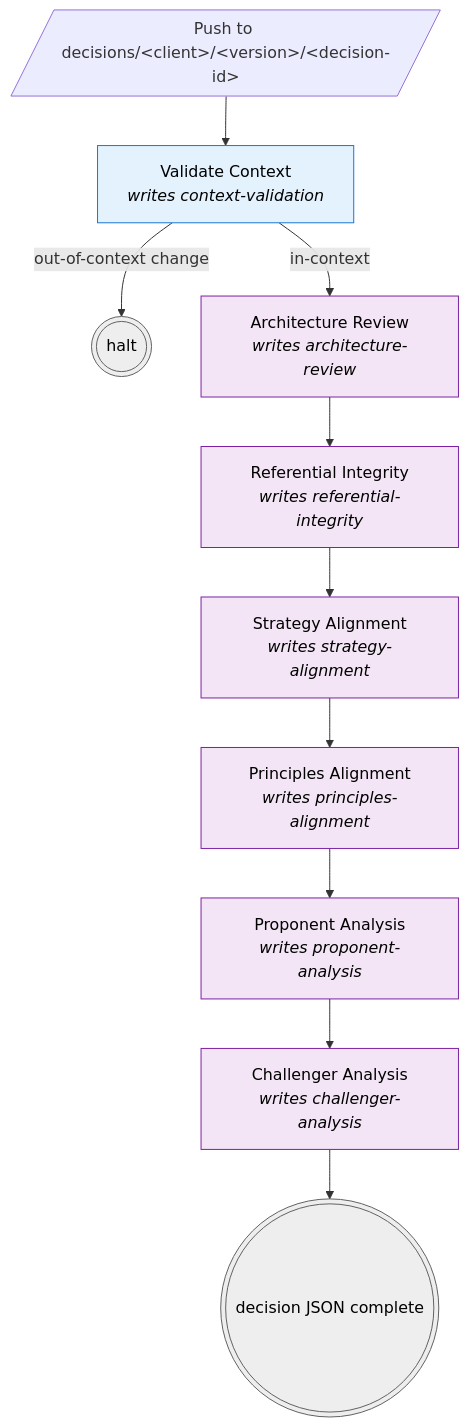
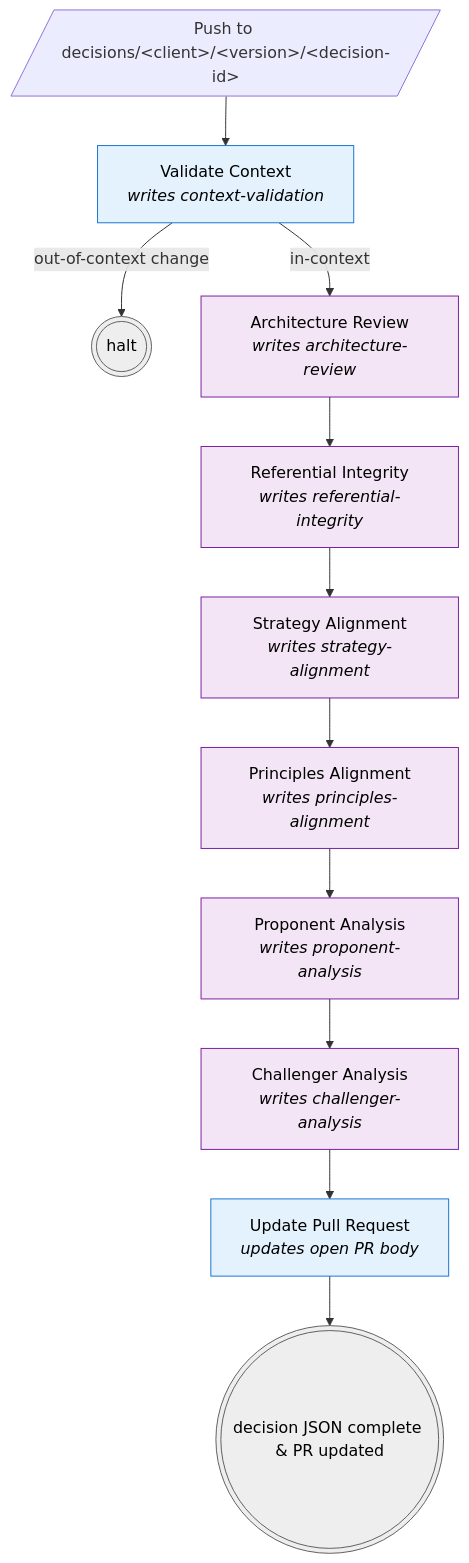
Before and after one commit to dan-eastley/pickle: the diagram in documentation/workflows/decisions-pipeline.md, drawn with Mermaid. The commit also changed other lines of this file and 69 other files, not shown here.

First line of the commit message:
Decision and structure overhaul: adr-NNN ids, clients/ wrapper, validate-structure, Update Pull Request workflow

````diff
--- a/documentation/workflows/decisions-pipeline.md
+++ b/documentation/workflows/decisions-pipeline.md
@@ -21,21 +21,22 @@
 ```mermaid
 flowchart TD
     Push[/"Push to decisions/&lt;client&gt;/&lt;version&gt;/&lt;decision-id&gt;"/]
     Push --> VC
 
     VC["Validate Context<br/><i>writes context-validation</i>"]:::det
     VC -- "out-of-context change" --> Halt(((halt))):::term
     VC -- "in-context" --> AR
 
     AR["Architecture Review<br/><i>writes architecture-review</i>"]:::ai
     AR --> RI["Referential Integrity<br/><i>writes referential-integrity</i>"]:::ai
     RI --> SA["Strategy Alignment<br/><i>writes strategy-alignment</i>"]:::ai
     SA --> PA["Principles Alignment<br/><i>writes principles-alignment</i>"]:::ai
     PA --> PR["Proponent Analysis<br/><i>writes proponent-analysis</i>"]:::ai
     PR --> CH["Challenger Analysis<br/><i>writes challenger-analysis</i>"]:::ai
-    CH --> Done(((decision JSON complete))):::term
+    CH --> SY["Update Pull Request<br/><i>updates open PR body</i>"]:::det
+    SY --> Done(((decision JSON complete & PR updated))):::term
 
     classDef det fill:#e3f2fd,stroke:#1976d2,color:#000
     classDef ai fill:#f3e5f5,stroke:#7b1fa2,color:#000
     classDef term fill:#eeeeee,stroke:#616161,color:#000
 ```
````
